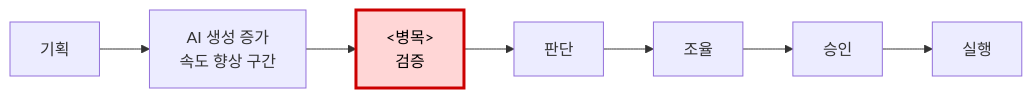
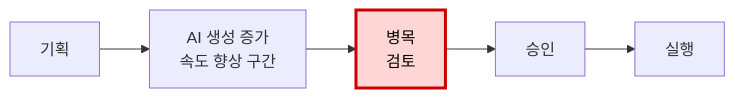
One commit to garam-park/garam-park.github.io changed the second of 2 diagrams in _posts/2026-07-19-ai-productivity-paradox.md. Above: the diagram before and after it, drawn with Mermaid. The commit also changed other lines of this file and 3 other files, not shown here.

Commit message:
문서 수정: Mermaid 다이어그램 렌더링 기능 추가 및 스타일 개선

````diff
--- a/_posts/2026-07-19-ai-productivity-paradox.md
+++ b/_posts/2026-07-19-ai-productivity-paradox.md
@@ -70,6 +74,6 @@
 ```mermaid
 flowchart LR
-    A[기획] --> B[AI 생성 증가<br/>속도 향상 구간] --> C[<병목><br/>검증] --> D[판단] --> E[조율] --> F[승인] --> G[실행]
+    A[기획] --> B[AI 생성 증가<br/>속도 향상 구간] --> C[병목<br/>검토] --> D[승인] --> E[실행]
     classDef bottleneck fill:#ffd6d6,stroke:#c00,stroke-width:3px,color:#000
     class C bottleneck
 ```
````
